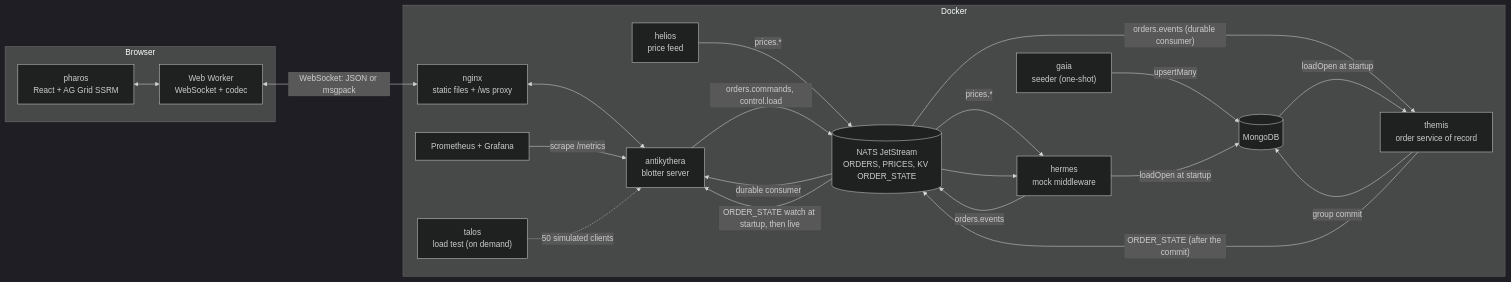
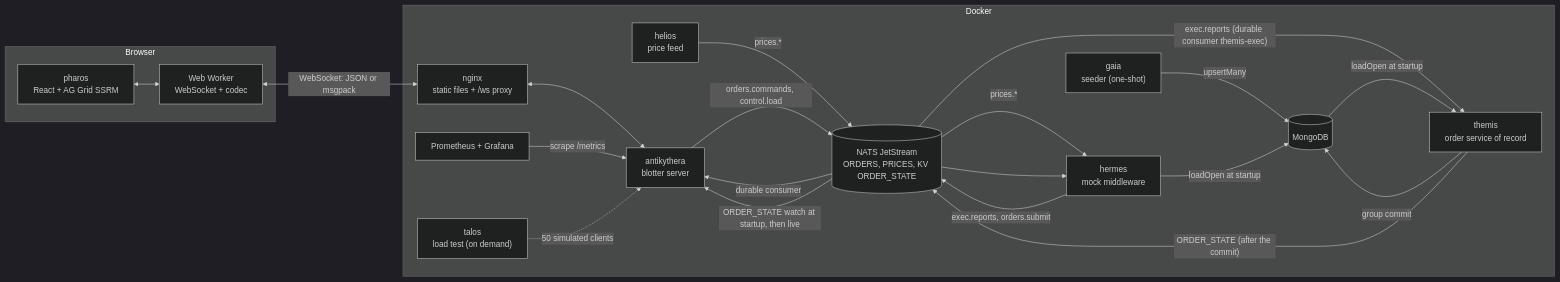
The first of 3 diagrams in docs/architecture.md (iAppGeek/apeiron), drawn with Mermaid (dark theme) before and after one commit. The commit also changed other lines of this file and 41 other files, not shown here.

````diff
--- a/docs/architecture.md
+++ b/docs/architecture.md
@@ -16,37 +16,37 @@
 ```mermaid
 flowchart LR
   subgraph Browser
     UI["pharos<br/>React + AG Grid SSRM"]
     W["Web Worker<br/>WebSocket + codec"]
     UI <--> W
   end
   subgraph Docker
     NG["nginx<br/>static files + /ws proxy"]
     AN["antikythera<br/>blotter server"]
     TH["themis<br/>order service of record"]
     HL["helios<br/>price feed"]
     HE["hermes<br/>mock middleware"]
     NA[("NATS JetStream<br/>ORDERS, PRICES, KV ORDER_STATE")]
     MO[("MongoDB")]
     GA["gaia<br/>seeder (one-shot)"]
     PR["Prometheus + Grafana"]
     TA["talos<br/>load test (on demand)"]
   end
   W <-->|"WebSocket: JSON or msgpack"| NG
   NG <--> AN
   HL -->|"prices.*"| NA
-  HE -->|"orders.events"| NA
+  HE -->|"exec.reports, orders.submit"| NA
   NA -->|"prices.*"| HE
   NA -->|"durable consumer"| AN
   AN -->|"orders.commands, control.load"| NA
   NA --> HE
-  NA -->|"orders.events (durable consumer)"| TH
+  NA -->|"exec.reports (durable consumer themis-exec)"| TH
   TH -->|"group commit"| MO
   TH -->|"ORDER_STATE (after the commit)"| NA
   NA -->|"ORDER_STATE watch at startup, then live"| AN
   GA -->|"upsertMany"| MO
   MO -->|"loadOpen at startup"| TH
   HE -->|"loadOpen at startup"| MO
   PR -->|"scrape /metrics"| AN
   TA -.->|"50 simulated clients"| AN
 ```
````
